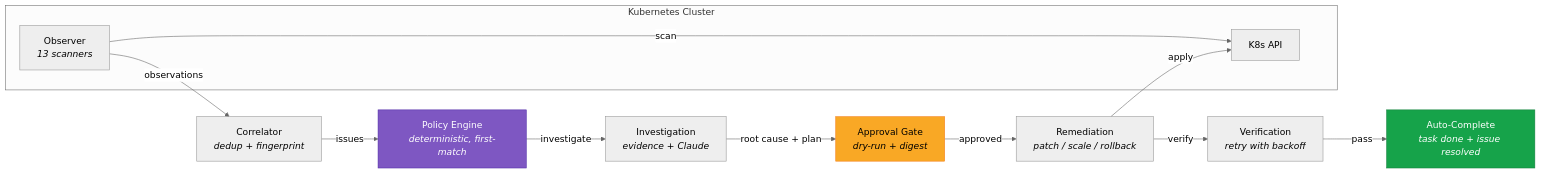
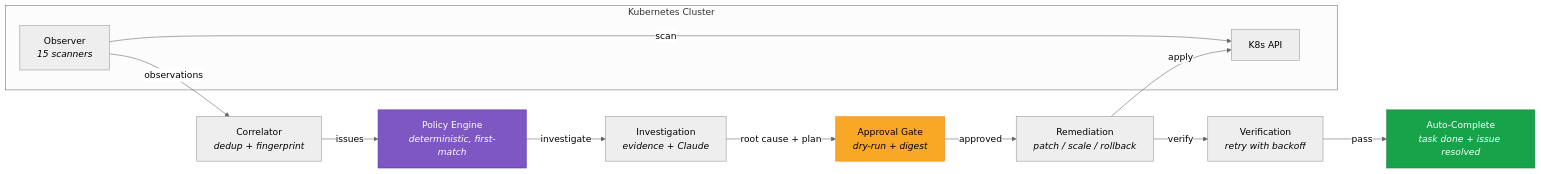
The diagram in README.md (alimobrem/pinky), drawn with Mermaid (neutral theme) before and after one commit. The commit also changed other lines of this file and 16 other files, not shown here.

First line of the commit message:
Fix 6 architecture gaps: SSE proxy timeout, per-cluster credentials, domain events, binding tokens, watch wiring, stale READMEs

````diff
--- a/README.md
+++ b/README.md
@@ -48,19 +48,19 @@
 ```mermaid
 graph LR
     subgraph Cluster["Kubernetes Cluster"]
-        O["Observer<br/><i>13 scanners</i>"] -->|scan| K8s["K8s API"]
+        O["Observer<br/><i>15 scanners</i>"] -->|scan| K8s["K8s API"]
     end
 
     O -->|observations| C["Correlator<br/><i>dedup + fingerprint</i>"]
     C -->|issues| P["Policy Engine<br/><i>deterministic, first-match</i>"]
     P -->|investigate| I["Investigation<br/><i>evidence + Claude</i>"]
     I -->|root cause + plan| AG["Approval Gate<br/><i>dry-run + digest</i>"]
     AG -->|approved| R["Remediation<br/><i>patch / scale / rollback</i>"]
     R -->|apply| K8s
     R -->|verify| V["Verification<br/><i>retry with backoff</i>"]
     V -->|pass| Done["Auto-Complete<br/><i>task done + issue resolved</i>"]
 
     style AG fill:#f9a825,stroke:#f57f17,color:#000
     style P fill:#7e57c2,stroke:#512da8,color:#fff
     style Done fill:#16a34a,stroke:#15803d,color:#fff
 ```
````
